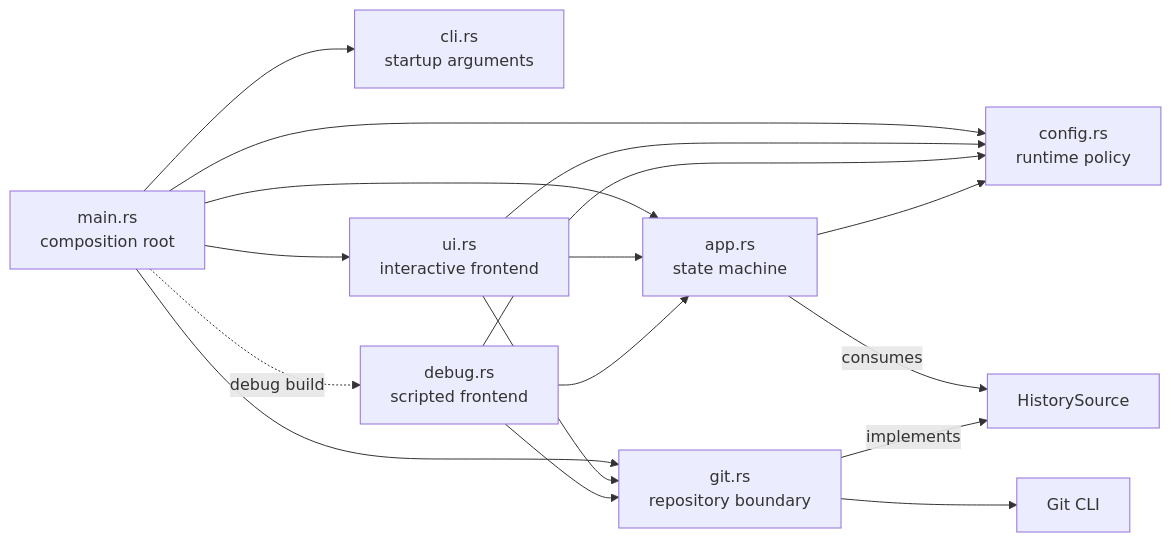
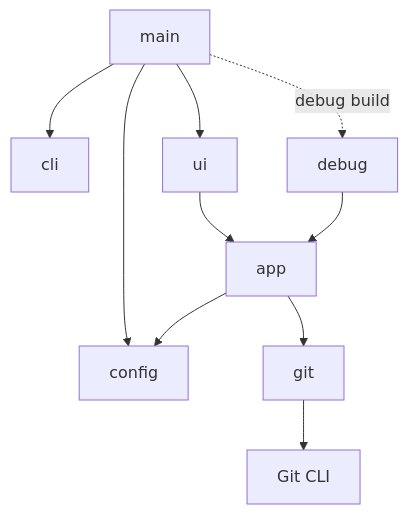
Before and after one commit to Andrcraft9/gitlsd: the diagram in ARCHITECTURE.md, drawn with Mermaid. The commit also changed other lines of this file and 10 other files, not shown here.

Commit message:
Simplify architecture documentation

````diff
--- a/ARCHITECTURE.md
+++ b/ARCHITECTURE.md
@@ -20,19 +22,12 @@
 ```mermaid
-flowchart LR
-    Main[main.rs<br/>composition root] --> CLI[cli.rs<br/>startup arguments]
-    Main --> Config[config.rs<br/>runtime policy]
-    Main --> Git[git.rs<br/>repository boundary]
-    Main --> App[app.rs<br/>state machine]
-    Main --> UI[ui.rs<br/>interactive frontend]
-    Main -. debug build .-> Debug[debug.rs<br/>scripted frontend]
-    UI --> App
-    UI --> Config
-    UI --> Git
+flowchart TD
+    Main[main] --> CLI[cli]
+    Main --> Config[config]
+    Main --> UI[ui]
+    Main -. debug build .-> Debug[debug]
+    UI --> App[app]
     Debug --> App
-    Debug --> Config
-    Debug --> Git
     App --> Config
-    App -- consumes --> Source[HistorySource]
-    Git -- implements --> Source
+    App --> Git[git]
     Git --> GitCLI[Git CLI]
 ```
````
